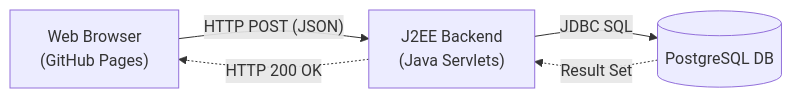
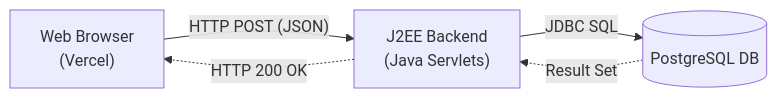
The diagram in README.md (Aaryan2737/J2EE_feedback), drawn with Mermaid before and after one commit. The commit also changed other lines of this file, not shown here.

Commit message:
Update deployment instructions to Vercel

````diff
--- a/README.md
+++ b/README.md
@@ -9,11 +9,11 @@
 ```mermaid
 flowchart LR
-    Browser["Web Browser\n(GitHub Pages)"]
+    Browser["Web Browser\n(Vercel)"]
     API["J2EE Backend\n(Java Servlets)"]
     DB[("PostgreSQL DB")]
 
     Browser -- "HTTP POST (JSON)" --> API
     API -- "JDBC SQL" --> DB
     DB -. "Result Set" .-> API
     API -. "HTTP 200 OK" .-> Browser
 ```
````
